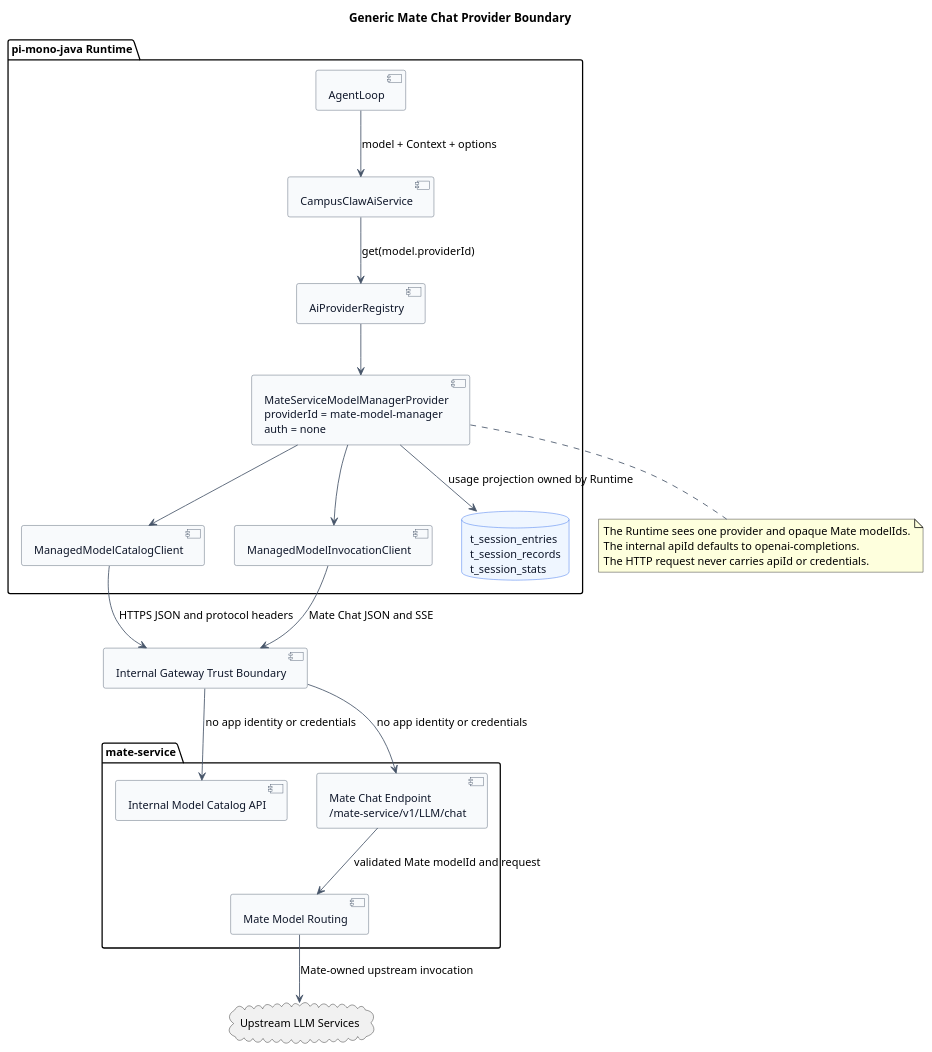
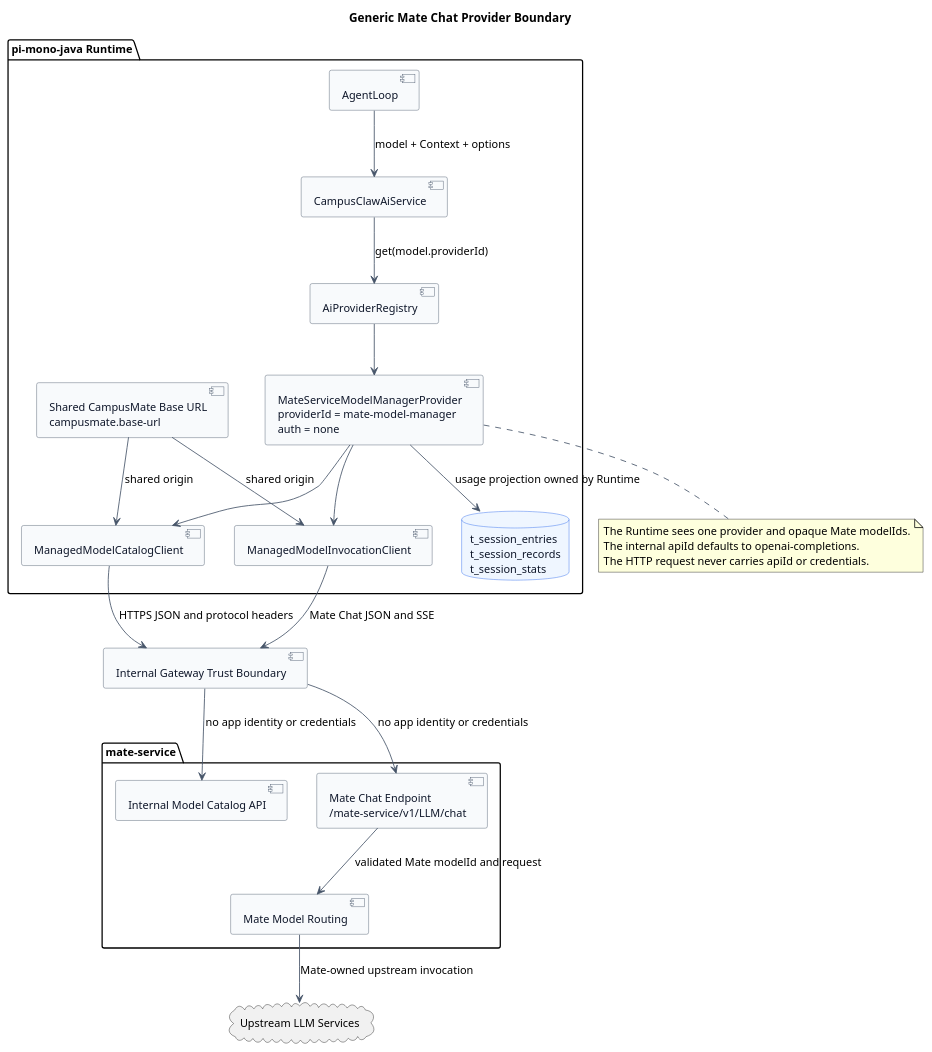
Before and after one commit to ssm0808/pi-mono-java-design: the second of 5 diagrams in model-manager-provider-contract/diagram.puml, drawn with PlantUML. The commit also changed other lines of this file and 9 other files, not shown here.

```diff
--- a/model-manager-provider-contract/diagram.puml
+++ b/model-manager-provider-contract/diagram.puml
@@ -69,67 +69,72 @@
 @startuml generic_provider_boundary
 title Generic Mate Chat Provider Boundary
 
 ' Source evidence:
 ' pi-mono packages/ai/src/models.ts: ModelsImpl.requireProvider and stream
 ' pi-mono packages/ai/src/api/openai-completions.ts: stream, convertMessages, and usage parsing
 ' pi-mono-java modules/ai/src/main/java/com/campusclaw/ai/CampusClawAiService.java: resolveProvider
 ' pi-mono-java modules/ai/src/main/java/com/campusclaw/ai/provider/openai/OpenAICompletionsProvider.java: buildParams and parseUsage
+' pi-mono-java modules/coding-agent-cli/src/main/resources/application.yml:89-108
 ' mate-service README.md: current model gateway gap
 ' Architecture change: Java resolves an AiProvider by model.providerId and uses an internally configured apiId.
+' Architecture change: Model Manager and managed Runtime clients read one shared campusmate.base-url.
 ' Product constraint: CampusClaw and Mate exchange no application identity or credential headers.
 ' Scope boundary: Mate routing, credentials, and upstream field adaptation are internal Mate concerns.
 
 skinparam backgroundColor #FFFFFF
 skinparam shadowing false
 skinparam defaultFontName Arial
 skinparam defaultFontSize 13
 skinparam component {
   BackgroundColor #F8FAFC
   BorderColor #475569
   FontColor #0F172A
 }
 skinparam database {
   BackgroundColor #EFF6FF
   BorderColor #2563EB
   FontColor #0F172A
 }
 skinparam ArrowColor #475569
 
 package "pi-mono-java Runtime" {
+  [Shared CampusMate Base URL\ncampusmate.base-url] as CampusMateBaseUrl
   [AgentLoop] as Loop
   [CampusClawAiService] as AiService
   [AiProviderRegistry] as Registry
   [MateServiceModelManagerProvider\nproviderId = mate-model-manager\nauth = none] as GenericProvider
   [ManagedModelCatalogClient] as CatalogClient
   [ManagedModelInvocationClient] as InvocationClient
   database "t_session_entries\nt_session_records\nt_session_stats" as SessionStore
 }
 
 package "mate-service" {
   [Internal Model Catalog API] as CatalogApi
   [Mate Chat Endpoint\n/mate-service/v1/LLM/chat] as ChatApi
   [Mate Model Routing] as Router
 }
 
 cloud "Upstream LLM Services" as Vendors
 [Internal Gateway Trust Boundary] as Gateway
 
 Loop --> AiService : model + Context + options
 AiService --> Registry : get(model.providerId)
 Registry --> GenericProvider
 GenericProvider --> CatalogClient
 GenericProvider --> InvocationClient
+CampusMateBaseUrl --> CatalogClient : shared origin
+CampusMateBaseUrl --> InvocationClient : shared origin
 GenericProvider --> SessionStore : usage projection owned by Runtime
 CatalogClient --> Gateway : HTTPS JSON and protocol headers
 InvocationClient --> Gateway : Mate Chat JSON and SSE
 Gateway --> CatalogApi : no app identity or credentials
 Gateway --> ChatApi : no app identity or credentials
 ChatApi --> Router : validated Mate modelId and request
 Router --> Vendors : Mate-owned upstream invocation
 
 note bottom of GenericProvider
 The Runtime sees one provider and opaque Mate modelIds.
 The internal apiId defaults to openai-completions.
 The HTTP request never carries apiId or credentials.
 end note
 @enduml
```
